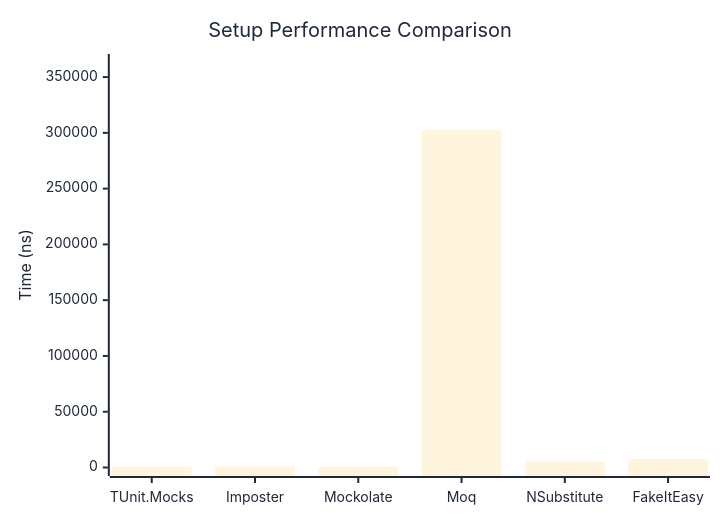
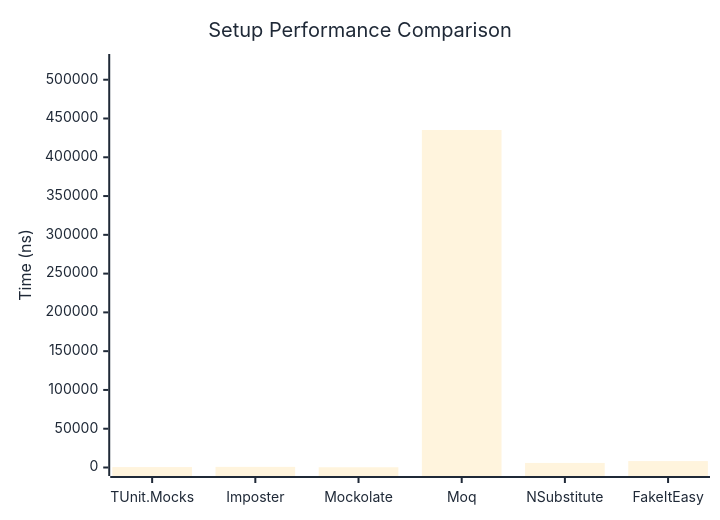
One commit to thomhurst/TUnit changed the first of 2 diagrams in docs/docs/benchmarks/mocks/Setup.md. Above: the diagram before and after it, drawn with Mermaid. The commit also changed other lines of this file and 14 other files, not shown here.

````diff
--- a/docs/docs/benchmarks/mocks/Setup.md
+++ b/docs/docs/benchmarks/mocks/Setup.md
@@ -30,27 +30,27 @@
 ```mermaid
 %%{init: {
   'theme':'base',
   'themeVariables': {
     'primaryColor': '#2563eb',
     'primaryTextColor': '#1f2937',
     'primaryBorderColor': '#1e40af',
     'lineColor': '#6b7280',
     'secondaryColor': '#7c3aed',
     'tertiaryColor': '#dc2626',
     'background': '#ffffff',
     'pie1': '#2563eb',
     'pie2': '#7c3aed',
     'pie3': '#dc2626',
     'pie4': '#f59e0b',
     'pie5': '#10b981',
     'pie6': '#06b6d4',
     'pie7': '#ec4899',
     'pie8': '#6366f1'
   }
 }}%%
 xychart-beta
   title "Setup Performance Comparison"
   x-axis ["TUnit.Mocks", "Imposter", "Mockolate", "Moq", "NSubstitute", "FakeItEasy"]
-  y-axis "Time (ns)" 0 --> 363072
-  bar [575, 848, 352.8, 302559.3, 5649.7, 7534.2]
+  y-axis "Time (ns)" 0 --> 522202
+  bar [541.1, 809.9, 316, 435168, 5888, 8276.6]
 ```
````
